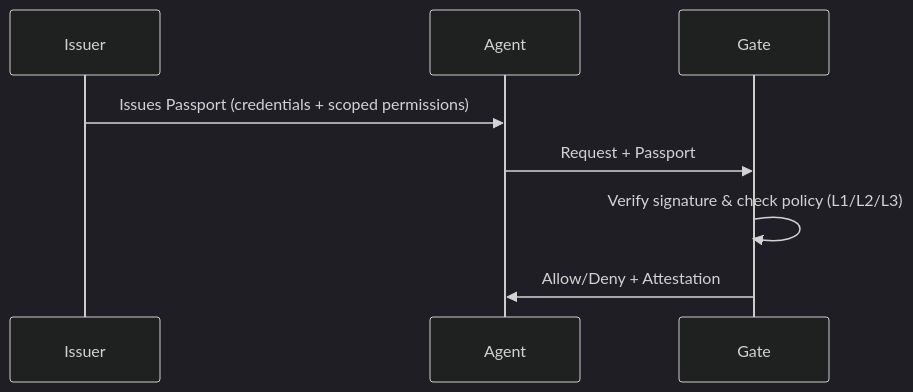
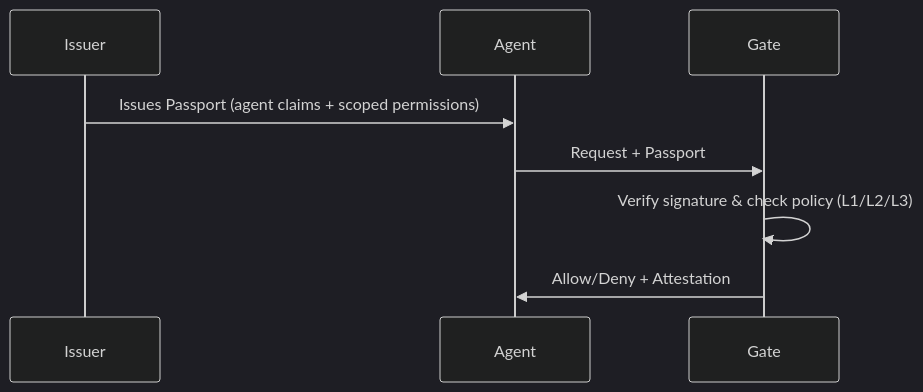
The diagram in docs/introduction.mdx (uniplexprotocol/Uniplex), drawn with Mermaid (dark theme) before and after one commit. The commit also changed other lines of this file, not shown here.

````diff
--- a/docs/introduction.mdx
+++ b/docs/introduction.mdx
@@ -13,11 +30,11 @@
 ```mermaid
 sequenceDiagram
     participant I as Issuer
     participant A as Agent
     participant G as Gate
 
-    I->>A: Issues Passport (credentials + scoped permissions)
+    I->>A: Issues Passport (agent claims + scoped permissions)
     A->>G: Request + Passport
     G->>G: Verify signature & check policy (L1/L2/L3)
     G->>A: Allow/Deny + Attestation
 ```
````
